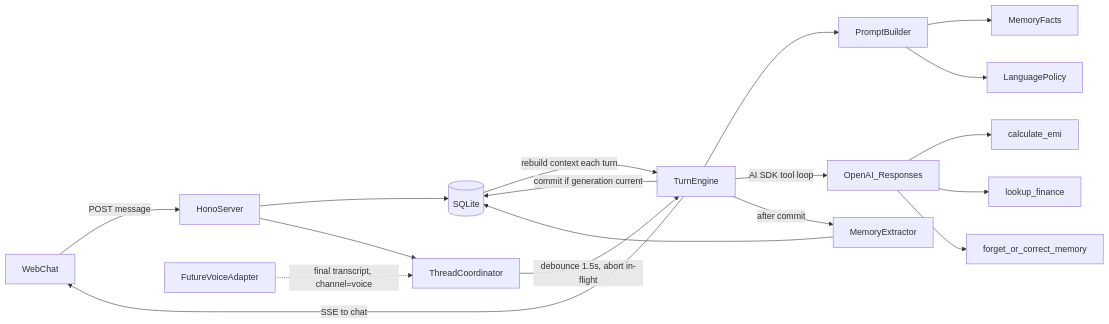
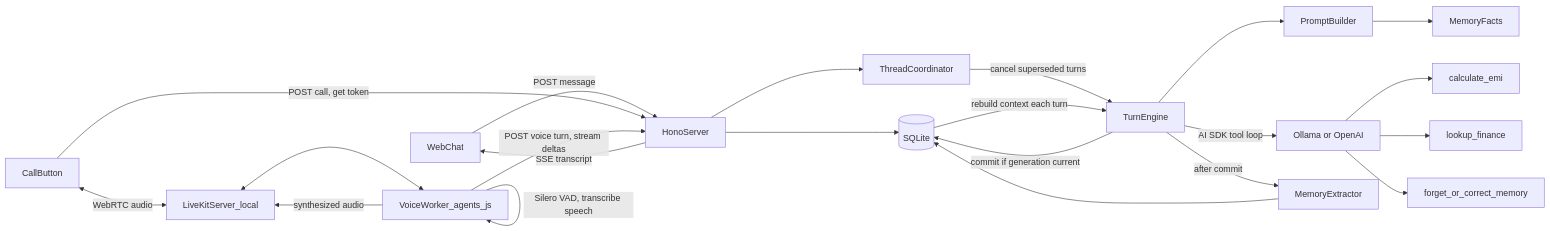
Before and after one commit to fizy069/sara-agent: the diagram in docs/v1-plan.md, drawn with Mermaid. The commit also changed other lines of this file and 11 other files, not shown here.

````diff
--- a/docs/v1-plan.md
+++ b/docs/v1-plan.md
@@ -21,20 +56,24 @@
 ```mermaid
 flowchart LR
     UI[WebChat] -->|"POST message"| API[HonoServer]
+    CallBtn[CallButton] -->|"POST call, get token"| API
+    CallBtn <-->|"WebRTC audio"| LK[LiveKitServer_local]
+    LK <--> Worker[VoiceWorker_agents_js]
+    Worker -->|"Silero VAD, transcribe speech"| Worker
+    Worker -->|"POST voice turn, stream deltas"| API
     API --> Store[(SQLite)]
     API --> Coord[ThreadCoordinator]
-    Coord -->|"debounce 1.5s, abort in-flight"| Engine[TurnEngine]
+    Coord -->|"cancel superseded turns"| Engine[TurnEngine]
     Store -->|"rebuild context each turn"| Engine
     Engine --> Prompt[PromptBuilder]
     Prompt --> Mem[MemoryFacts]
-    Prompt --> Lang[LanguagePolicy]
-    Engine -->|"AI SDK tool loop"| LLM[OpenAI_Responses]
+    Engine -->|"AI SDK tool loop"| LLM[Ollama or OpenAI]
     LLM --> EMI[calculate_emi]
     LLM --> KB[lookup_finance]
     LLM --> Forget[forget_or_correct_memory]
-    Engine -->|"SSE to chat"| UI
+    API -->|"SSE transcript"| UI
     Engine -->|"commit if generation current"| Store
     Engine -->|"after commit"| Extract[MemoryExtractor]
     Extract --> Store
-    Voice[FutureVoiceAdapter] -.->|"final transcript, channel=voice"| Coord
+    Worker -->|"synthesized audio"| LK
 ```
````
